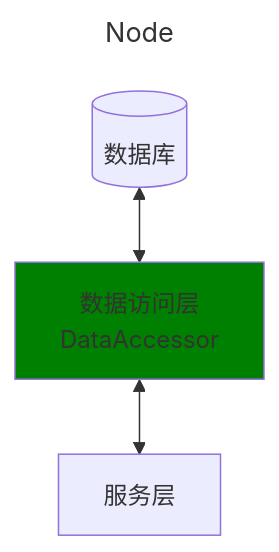
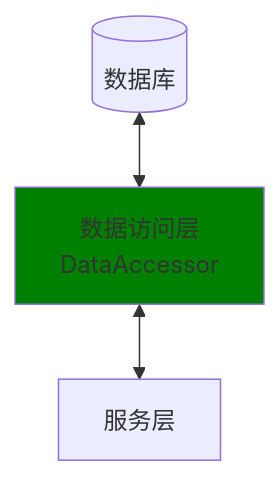
Before and after one commit to stonezhong/webcli: the first of 2 diagrams in documents/high-level-design.md, drawn with Mermaid. The commit also changed other lines of this file and 6 other files, not shown here.

````diff
--- a/documents/high-level-design.md
+++ b/documents/high-level-design.md
@@ -10,19 +10,16 @@
 ```mermaid
----
-title: Node
----
 flowchart TD
     classDef greenbox fill:green
 
     db[(数据库)]
     dal[
         数据访问层
         DataAccessor
     ]:::greenbox
     sl[
         服务层
     ]
 
     db<-->dal<-->sl
 
 ```
````
